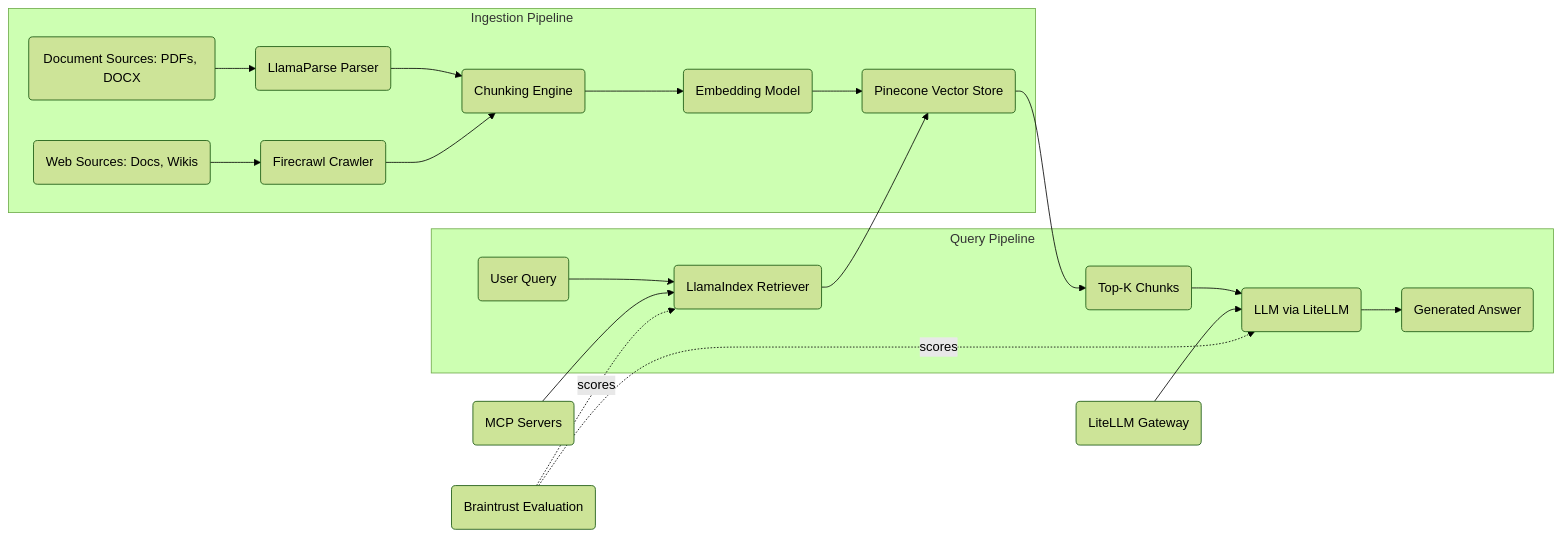
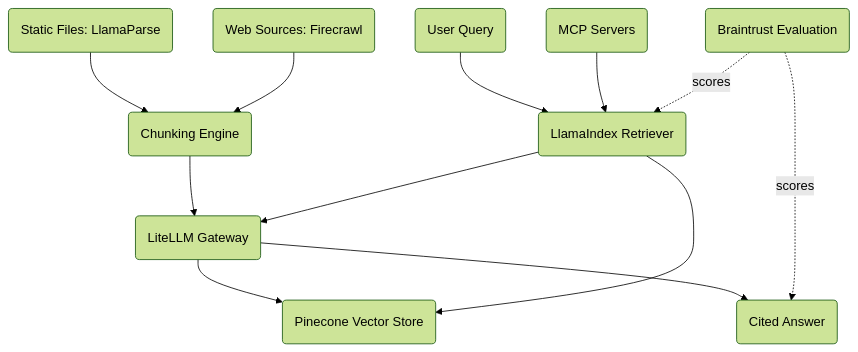
Before and after one commit to Lyd1aCla1r3/lyd1acla1r3.github.io: the diagram in blog/content/guides/rag-first-knowledge-system/configuration.md, drawn with Mermaid (forest theme). The commit also changed other lines of this file and 243 other files, not shown here.

````diff
--- a/blog/content/guides/rag-first-knowledge-system/configuration.md
+++ b/blog/content/guides/rag-first-knowledge-system/configuration.md
@@ -19,24 +32,14 @@
 ```mermaid
-graph LR
-    subgraph Ingestion["Ingestion Pipeline"]
-        PDFs("Document Sources: PDFs, DOCX") --> LlamaParse("LlamaParse Parser")
-        Web("Web Sources: Docs, Wikis") --> Firecrawl("Firecrawl Crawler")
-        LlamaParse --> Chunking("Chunking Engine")
-        Firecrawl --> Chunking
-        Chunking --> EmbedI("Embedding Model")
-        EmbedI --> Pinecone("Pinecone Vector Store")
-    end
-
-    subgraph Query["Query Pipeline"]
-        User("User Query") --> Retriever("LlamaIndex Retriever")
-        Retriever --> Pinecone
-        Pinecone --> TopK("Top-K Chunks")
-        TopK --> LLM("LLM via LiteLLM")
-        LLM --> Answer("Generated Answer")
-    end
-
+graph TD
+    Docs("Static Files: LlamaParse") --> Chunk("Chunking Engine")
+    Web("Web Sources: Firecrawl") --> Chunk
+    Chunk --> LiteLLM("LiteLLM Gateway")
+    LiteLLM --> Pinecone("Pinecone Vector Store")
+    Query("User Query") --> Retriever("LlamaIndex Retriever")
     MCP("MCP Servers") --> Retriever
-    LiteLLM("LiteLLM Gateway") --> LLM
+    Retriever --> Pinecone
+    Retriever --> LiteLLM
+    LiteLLM --> Answer("Cited Answer")
     Braintrust("Braintrust Evaluation") -. scores .-> Retriever
-    Braintrust -. scores .-> LLM
+    Braintrust -. scores .-> Answer
 ```
````
